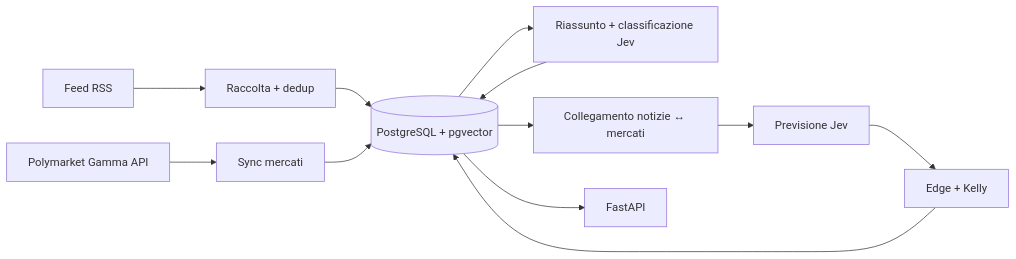
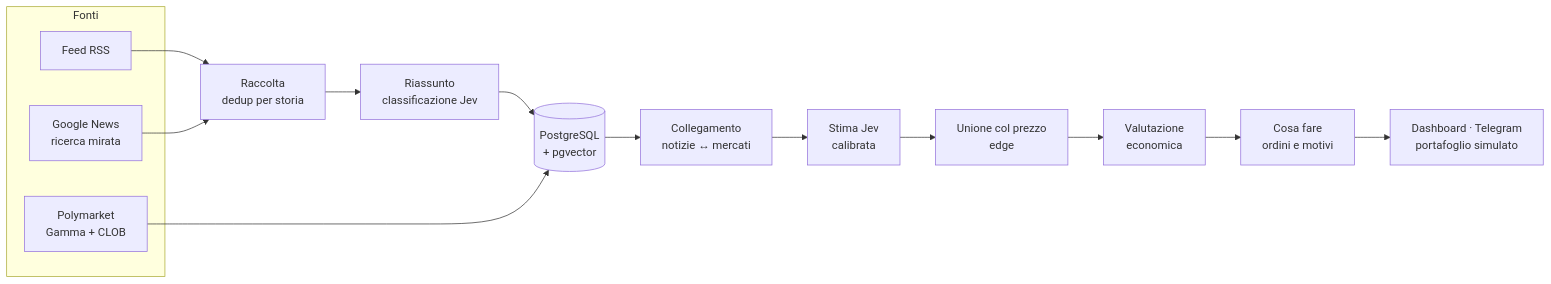
Before and after one commit to botta0oss/News_Aggregator: the diagram in README.md, drawn with Mermaid. The commit also changed other lines of this file and 23 other files, not shown here.

````diff
--- a/README.md
+++ b/README.md
@@ -62,14 +130,19 @@
 ```mermaid
 flowchart LR
-    RSS[Feed RSS] --> ING[Raccolta + dedup]
-    ING --> DB[(PostgreSQL + pgvector)]
-    DB --> AIQ[Riassunto + classificazione Jev]
-    AIQ --> DB
-    PM[Polymarket Gamma API] --> SYNC[Sync mercati]
-    SYNC --> DB
-    DB --> LINK[Collegamento notizie ↔ mercati]
-    LINK --> PRED[Previsione Jev]
-    PRED --> SIG[Edge + Kelly]
-    SIG --> DB
-    DB --> API[FastAPI]
+    subgraph Fonti
+      RSS[Feed RSS]
+      GN[Google News<br/>ricerca mirata]
+      PM[Polymarket<br/>Gamma + CLOB]
+    end
+    RSS --> ING[Raccolta<br/>dedup per storia]
+    GN --> ING
+    ING --> CLS[Riassunto<br/>classificazione Jev]
+    CLS --> DB[(PostgreSQL<br/>+ pgvector)]
+    PM --> DB
+    DB --> LINK[Collegamento<br/>notizie ↔ mercati]
+    LINK --> JEV[Stima Jev<br/>calibrata]
+    JEV --> BLEND[Unione col prezzo<br/>edge]
+    BLEND --> ECO[Valutazione<br/>economica]
+    ECO --> PLAN[Cosa fare<br/>ordini e motivi]
+    PLAN --> OUT[Dashboard · Telegram<br/>portafoglio simulato]
 ```
````
